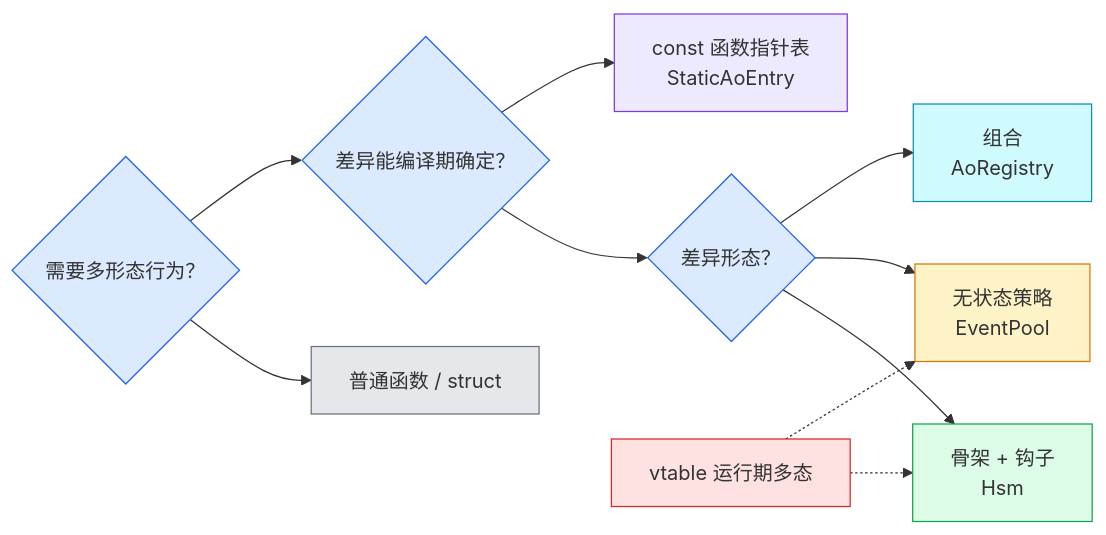
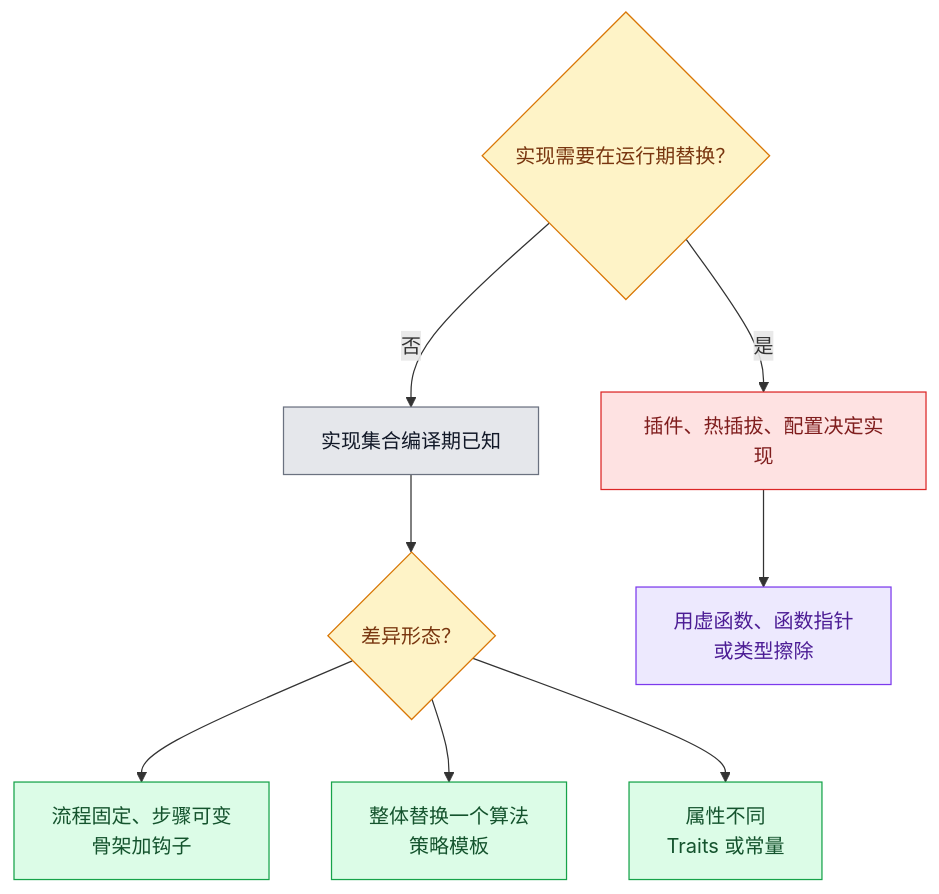
Before and after one commit to DeguiLiu/tech-notes: the fourth of 4 diagrams in content/posts/pattern/compile_time_polymorphism.md, drawn with Mermaid. The commit also changed other lines of this file, not shown here.

````diff
--- a/content/posts/pattern/compile_time_polymorphism.md
+++ b/content/posts/pattern/compile_time_polymorphism.md
@@ -280,28 +343,21 @@
 ```mermaid
-flowchart LR
-    Q{"需要多形态行为？"}:::q
-    PLAIN["普通函数 / struct"]:::plain
-    STATIC{"差异能编译期确定？"}:::q
-    WHICH{"差异形态？"}:::q
-    CRTP["骨架 + 钩子<br/>Hsm<Context>"]:::crtp
-    POLICY["无状态策略<br/>EventPool<Profile>"]:::pol
-    COMP["组合<br/>AoRegistry<Config>"]:::comp
-    ERASE["const 函数指针表<br/>StaticAoEntry"]:::erase
-    VB["vtable 运行期多态"]:::bad
-    Q --> PLAIN
-    Q --> STATIC
-    STATIC --> WHICH
-    WHICH --> CRTP
-    WHICH --> POLICY
-    WHICH --> COMP
-    STATIC --> ERASE
-    VB -.-> CRTP
-    VB -.-> POLICY
-    classDef plain fill:#e5e7eb,stroke:#6b7280
-    classDef q fill:#dbeafe,stroke:#2563eb
-    classDef crtp fill:#dcfce7,stroke:#16a34a
-    classDef pol fill:#fef3c7,stroke:#d97706
-    classDef comp fill:#cffafe,stroke:#0891b2
-    classDef erase fill:#ede9fe,stroke:#7c3aed
-    classDef bad fill:#fee2e2,stroke:#dc2626
+flowchart TB
+    Q0{"实现需要在运行期替换？"}:::q
+    Y["插件、热插拔、配置决定实现"]:::need
+    N["实现集合编译期已知"]:::ctx
+    Q1{"差异形态？"}:::q
+    A["流程固定、步骤可变<br/>骨架加钩子"]:::ct
+    B["整体替换一个算法<br/>策略模板"]:::ct
+    C["属性不同<br/>Traits 或常量"]:::ct
+    R["用虚函数、函数指针<br/>或类型擦除"]:::erase
+    Q0 -->|是| Y --> R
+    Q0 -->|否| N --> Q1
+    Q1 --> A
+    Q1 --> B
+    Q1 --> C
+    classDef q fill:#fef3c7,stroke:#d97706,color:#78350f
+    classDef need fill:#fee2e2,stroke:#dc2626,color:#7f1d1d
+    classDef ctx fill:#e5e7eb,stroke:#6b7280,color:#111827
+    classDef ct fill:#dcfce7,stroke:#16a34a,color:#14532d
+    classDef erase fill:#ede9fe,stroke:#7c3aed,color:#4c1d95
 ```
````
